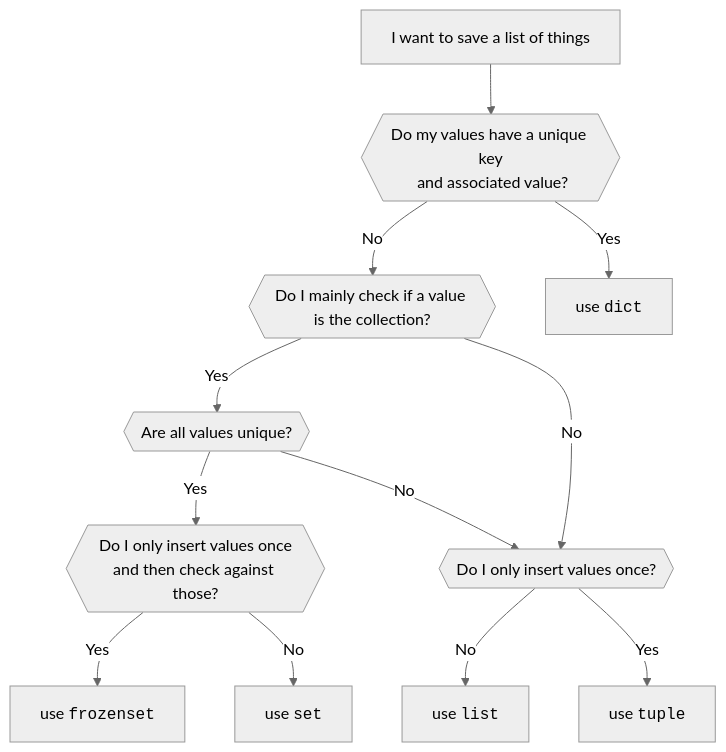
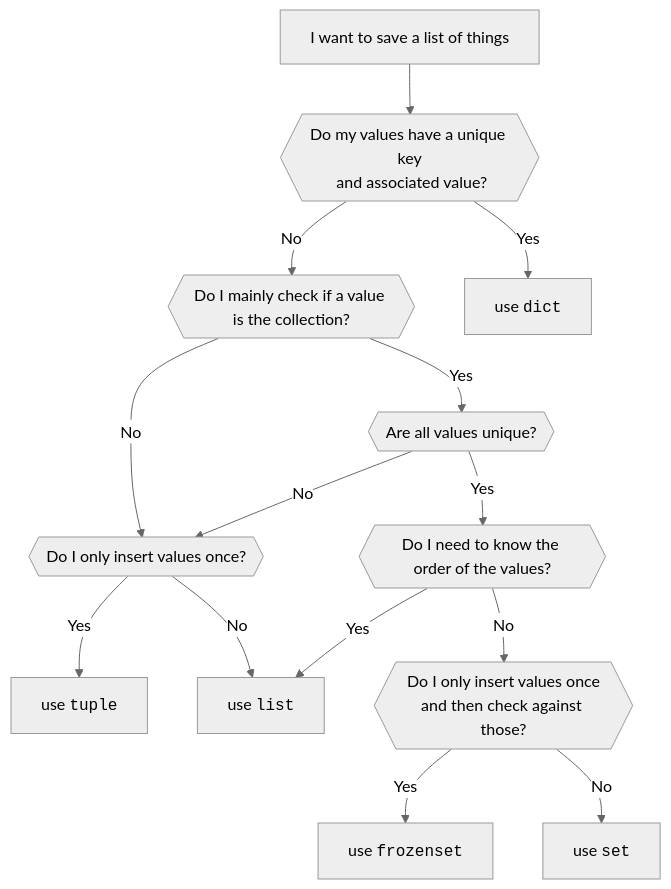
One commit to indietyp/python-101 changed the diagram in src/04-data-structures/README.md. Above: the diagram before and after it, drawn with Mermaid (neutral theme).

Commit message:
feat: add additional step about ordering

````diff
--- a/src/04-data-structures/README.md
+++ b/src/04-data-structures/README.md
@@ -20,20 +20,22 @@
 ```mermaid
 flowchart TD
     A[I want to save a list of things]
 
     A --> B{{ Do my values have a unique key<br/> and associated value? }}
     B -->|No| D{{Do I mainly check if a value is the collection?}}
 
     D -->|Yes| E{{Are all values unique?}}
     D -->|No| I
-
-    E -->|Yes| G{{Do I only insert values once<br/>and then check against those?}}
+    
+    E -->|No| I{{Do I only insert values once?}}
+    I -->|Yes| J[use <code>tuple</code>]
+    I -->|No| C[use <code>list</code>]
+    B -->|Yes| L[use <code>dict</code>]
+    
+    E -->|Yes| M{{Do I need to know the order of the values?}}
+    M -->|Yes| C
+    M -->|No| G{{Do I only insert values once<br/>and then check against those?}}
     G -->|Yes| H[use <code>frozenset</code>]
     G -->|No| F[use <code>set</code>]
 
-    E -->|No| I{{Do I only insert values once?}}
-    I -->|No| C[use <code>list</code>]
-
-    I -->|Yes| J[use <code>tuple</code>]
-    B -->|Yes| L[use <code>dict</code>]
 ```
````
